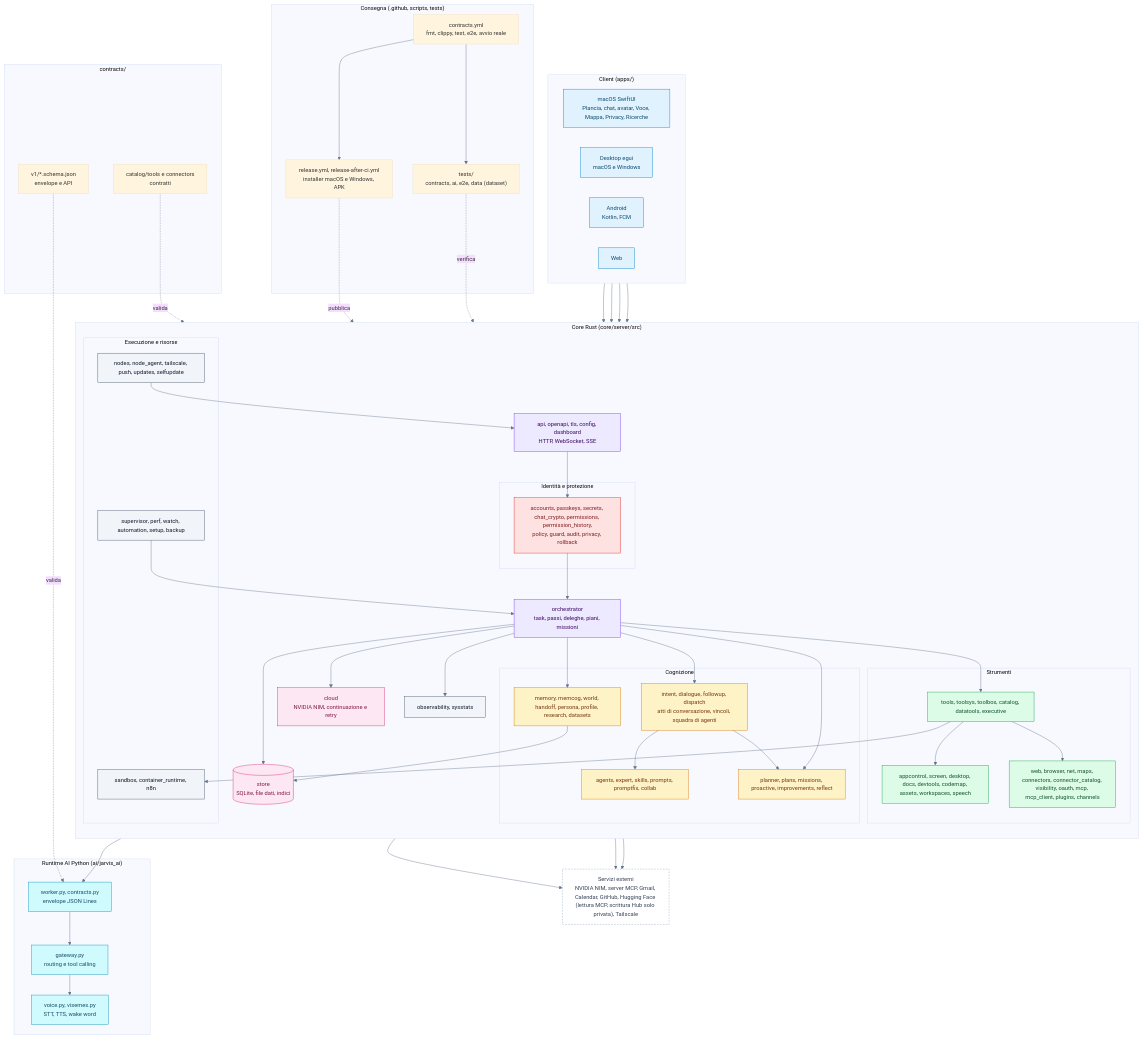
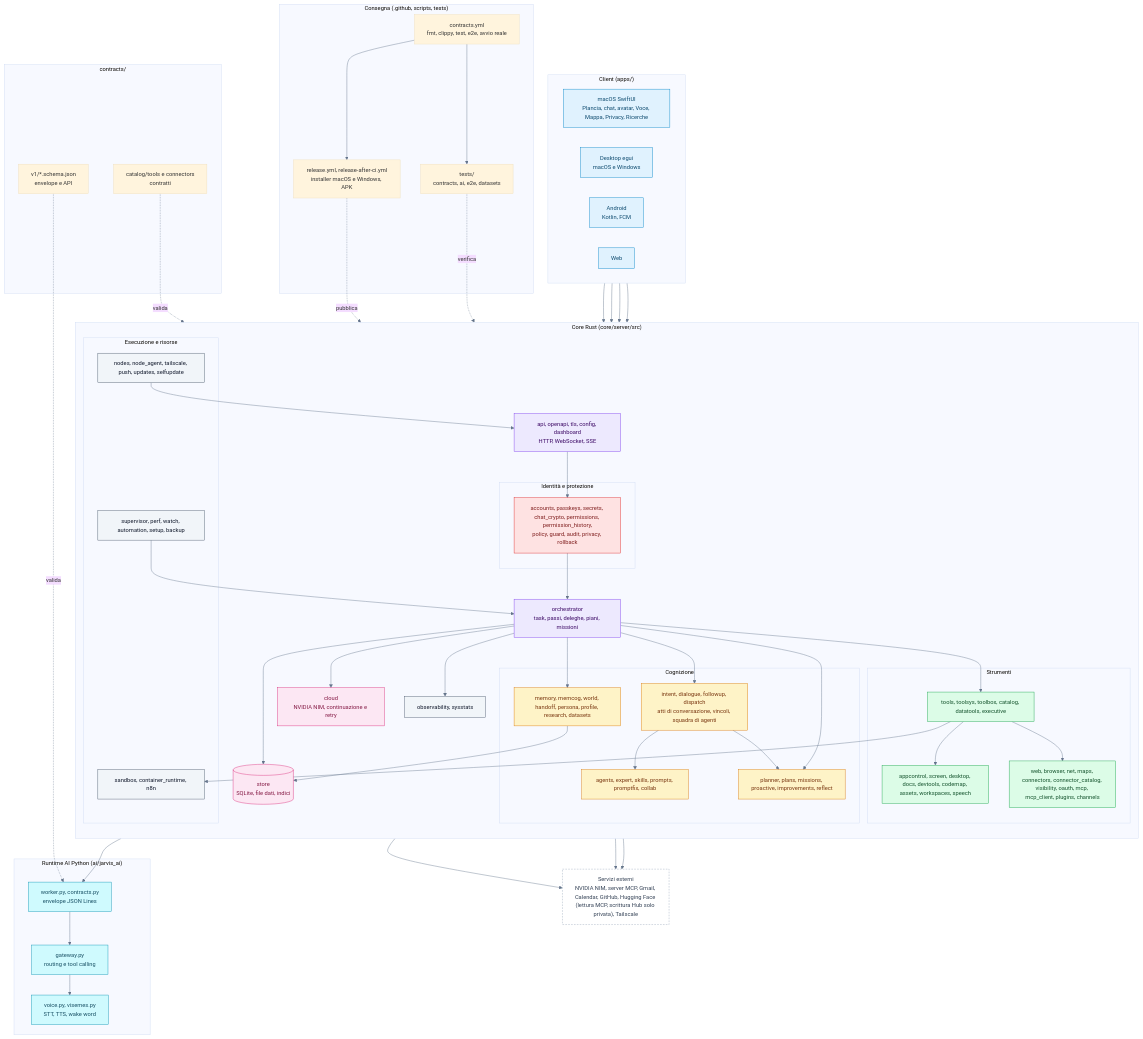
Before and after one commit to xX-VyrnCore-Xx/JARVIS: the second of 5 diagrams in docs/ARCHITECTURE.md, drawn with Mermaid. The commit also changed 10 other files, not shown here.

First line of the commit message:
Dataset: cartella tests/datasets (data/ è ignorata da .gitignore e i file non erano nel repository)

```diff
--- a/docs/ARCHITECTURE.md
+++ b/docs/ARCHITECTURE.md
@@ -78,7 +78,7 @@
     subgraph Delivery["Consegna (.github, scripts, tests)"]
         CI["contracts.yml<br/>fmt, clippy, test, e2e, avvio reale"]
         REL["release.yml, release-after-ci.yml<br/>installer macOS e Windows, APK"]
-        TST["tests/<br/>contracts, ai, e2e, data (dataset)"]
+        TST["tests/<br/>contracts, ai, e2e, datasets"]
     end
 
     EXT["Servizi esterni<br/>NVIDIA NIM, server MCP, Gmail, Calendar, GitHub, Hugging Face (lettura MCP, scrittura Hub solo privata), Tailscale"]
```
